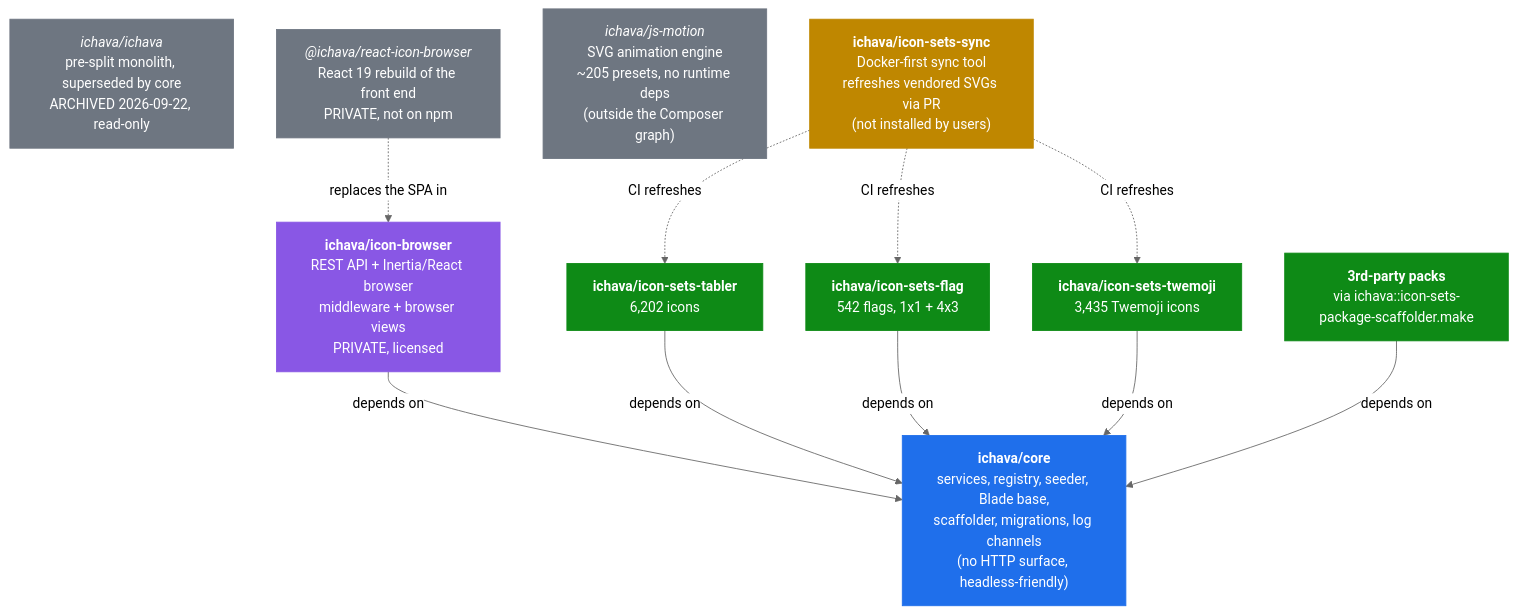
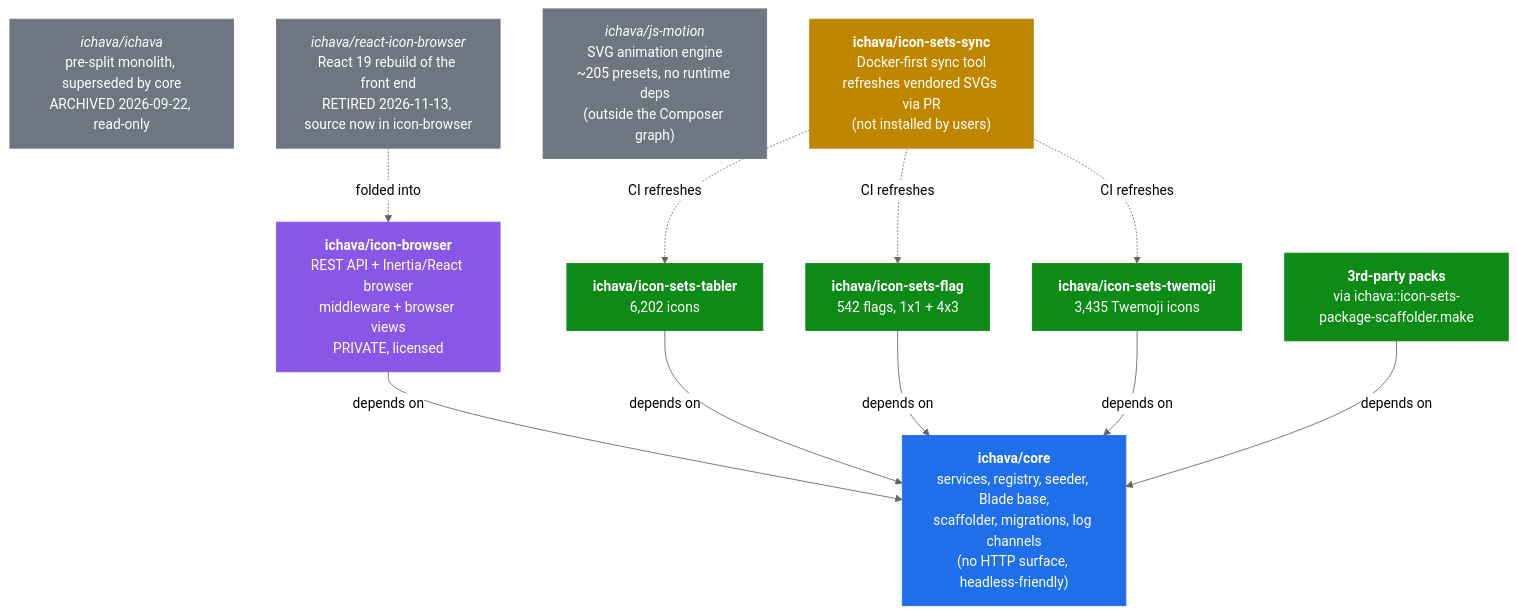
Before and after one commit to ichava/core: the first of 3 diagrams in docs/architecture.md, drawn with Mermaid (neutral theme). The commit also changed 7 other files, not shown here.

First line of the commit message:
Name icon-browser where docs and comments named react-icon-browser

````diff
--- a/docs/architecture.md
+++ b/docs/architecture.md
@@ -27,34 +27,34 @@
 ```mermaid
 flowchart TB
     core["<b>ichava/core</b><br/>services, registry, seeder, Blade base,<br/>scaffolder, migrations, log channels<br/>(no HTTP surface, headless-friendly)"]
     browser["<b>ichava/icon-browser</b><br/>REST API + Inertia/React browser<br/>middleware + browser views<br/>PRIVATE, licensed"]
     tabler["<b>ichava/icon-sets-tabler</b><br/>6,202 icons"]
     flag["<b>ichava/icon-sets-flag</b><br/>542 flags, 1x1 + 4x3"]
     twemoji["<b>ichava/icon-sets-twemoji</b><br/>3,435 Twemoji icons"]
     third["<b>3rd-party packs</b><br/>via ichava::icon-sets-package-scaffolder.make"]
     meta["<i>ichava/ichava</i><br/>pre-split monolith, superseded by core<br/>ARCHIVED 2026-09-22, read-only"]
     toolkit["<b>ichava/icon-sets-sync</b><br/>Docker-first sync tool<br/>refreshes vendored SVGs via PR<br/>(not installed by users)"]
     motion["<i>ichava/js-motion</i><br/>SVG animation engine<br/>~205 presets, no runtime deps<br/>(outside the Composer graph)"]
-    react["<i>@ichava/react-icon-browser</i><br/>React 19 rebuild of the front end<br/>PRIVATE, not on npm"]
+    react["<i>ichava/react-icon-browser</i><br/>React 19 rebuild of the front end<br/>RETIRED 2026-11-13, source now in icon-browser"]
 
     browser -- depends on --> core
     tabler -- depends on --> core
     flag -- depends on --> core
     twemoji -- depends on --> core
     third -- depends on --> core
     toolkit -. CI refreshes .-> tabler
     toolkit -. CI refreshes .-> flag
     toolkit -. CI refreshes .-> twemoji
-    react -. replaces the SPA in .-> browser
+    react -. folded into .-> browser
 
     classDef engine fill:#1f6feb,stroke:#1f6feb,color:#fff
     classDef http fill:#8957e5,stroke:#8957e5,color:#fff
     classDef pack fill:#0e8a16,stroke:#0e8a16,color:#fff
     classDef other fill:#6e7681,stroke:#6e7681,color:#fff
     classDef tooling fill:#bf8700,stroke:#bf8700,color:#fff
     class core engine
     class browser http
     class tabler,flag,twemoji,third pack
     class meta,motion,react other
     class toolkit tooling
 ```
````
